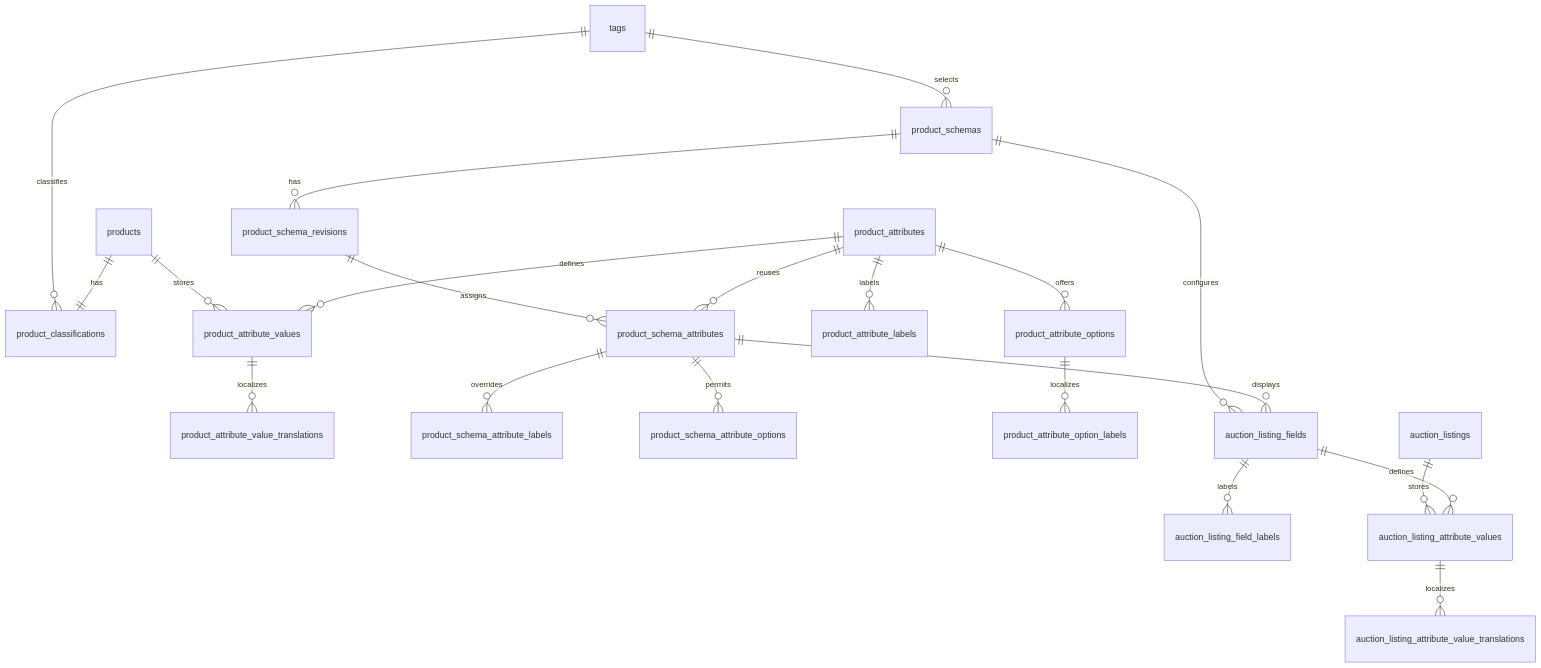
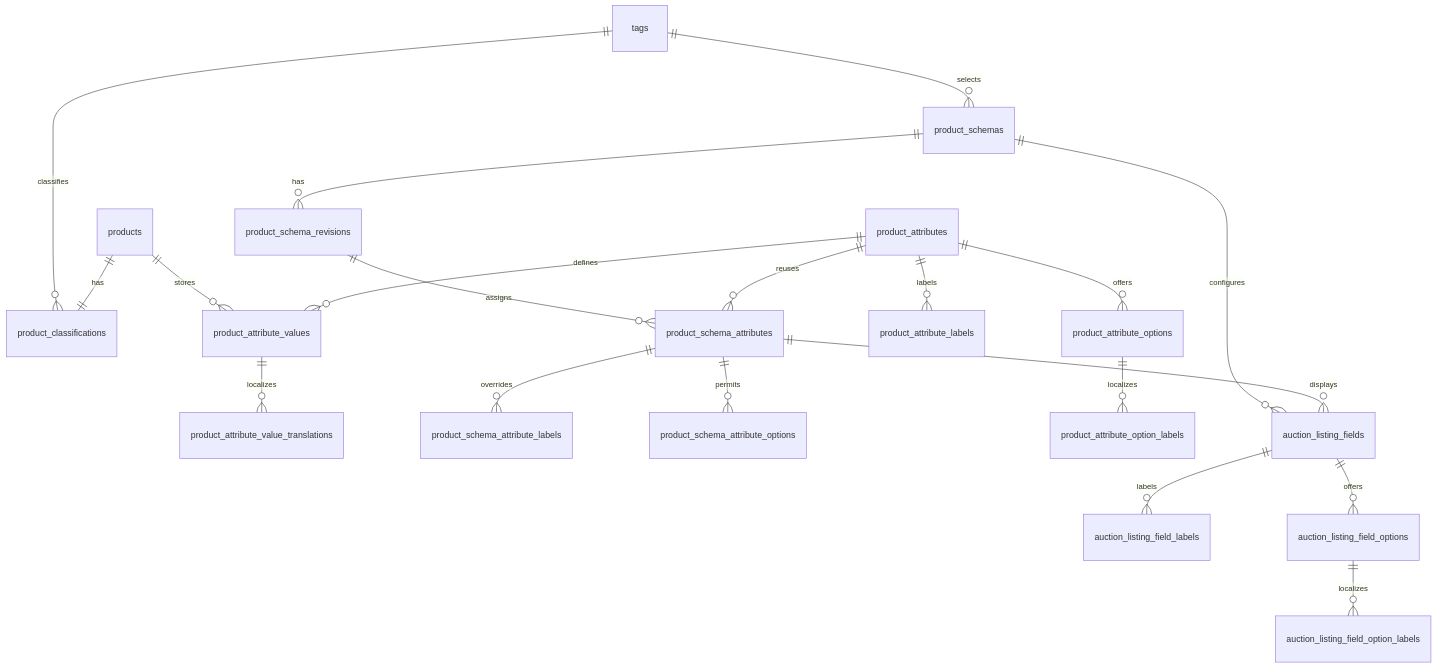
Before and after one commit to potzchan6969/grade10-spec: the diagram in openspec/changes/add-inventory-product-content-types/tech-design.md, drawn with Mermaid. The commit also changed other lines of this file and 5 other files, not shown here.

Commit message:
feat(auction): store listing attributes as jsonb

````diff
--- a/openspec/changes/add-inventory-product-content-types/tech-design.md
+++ b/openspec/changes/add-inventory-product-content-types/tech-design.md
@@ -172,26 +208,25 @@
 ```mermaid
 erDiagram
   tags ||--o{ product_classifications : classifies
   products ||--|| product_classifications : has
   products ||--o{ product_attribute_values : stores
   product_attributes ||--o{ product_attribute_values : defines
   product_attribute_values ||--o{ product_attribute_value_translations : localizes
 
   tags ||--o{ product_schemas : selects
   product_schemas ||--o{ product_schema_revisions : has
   product_schema_revisions ||--o{ product_schema_attributes : assigns
   product_attributes ||--o{ product_schema_attributes : reuses
   product_schema_attributes ||--o{ product_schema_attribute_labels : overrides
   product_schema_attributes ||--o{ product_schema_attribute_options : permits
 
   product_attributes ||--o{ product_attribute_labels : labels
   product_attributes ||--o{ product_attribute_options : offers
   product_attribute_options ||--o{ product_attribute_option_labels : localizes
 
   product_schemas ||--o{ auction_listing_fields : configures
   product_schema_attributes ||--o{ auction_listing_fields : displays
   auction_listing_fields ||--o{ auction_listing_field_labels : labels
-  auction_listings ||--o{ auction_listing_attribute_values : stores
-  auction_listing_fields ||--o{ auction_listing_attribute_values : defines
-  auction_listing_attribute_values ||--o{ auction_listing_attribute_value_translations : localizes
+  auction_listing_fields ||--o{ auction_listing_field_options : offers
+  auction_listing_field_options ||--o{ auction_listing_field_option_labels : localizes
 ```
````
